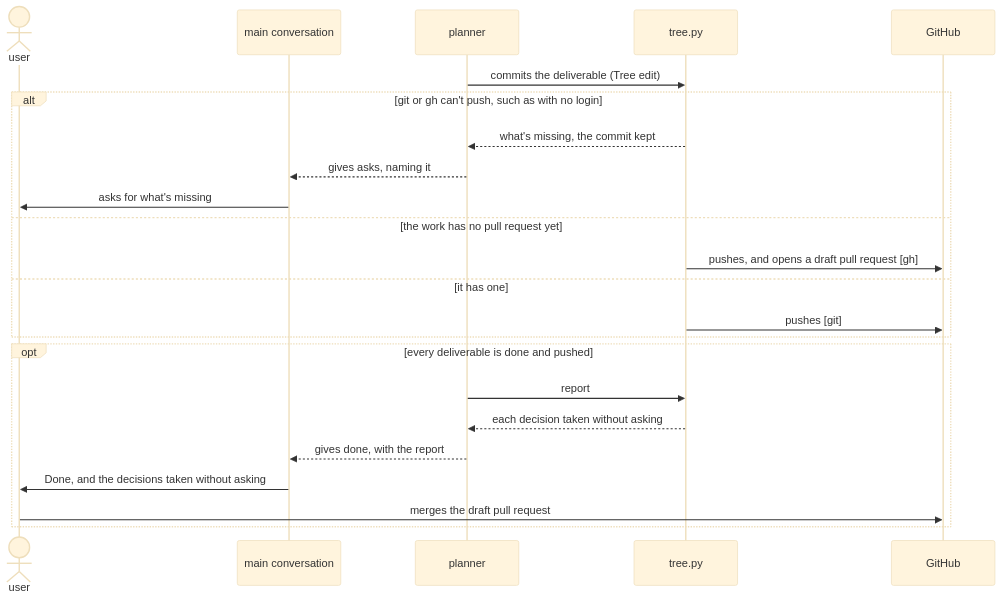
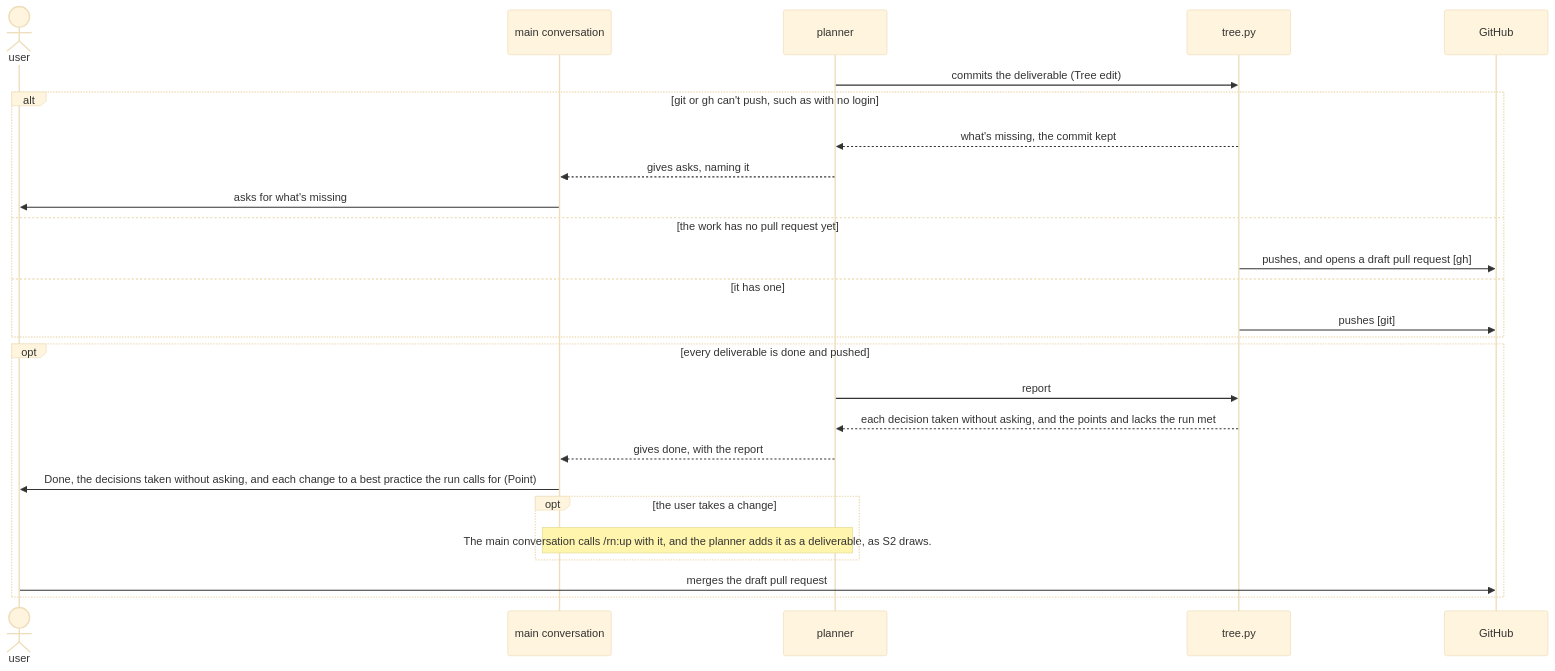
Before and after one commit to lovaizu/ccpm: the sixth of 6 diagrams in dev/rn/architecture.md, drawn with Mermaid (base theme). The commit also changed other lines of this file and 3 other files, not shown here.

First line of the commit message:
rn: before the user merges, rn proposes each change to a best practice that the run's points and lacks call for, and a change the user takes becomes a deliverable of the run, so later runs work by it. The design tree holds it as the user's decision, and rn's architecture draws it in S4.

````diff
--- a/dev/rn/architecture.md
+++ b/dev/rn/architecture.md
@@ -402,25 +405,28 @@
 ```mermaid
 sequenceDiagram
   actor U as user
   participant M as main conversation
   participant P as planner
   participant T as tree.py
   participant GH as GitHub
   P->>T: commits the deliverable (Tree edit)
   alt git or gh can't push, such as with no login
     T-->>P: what's missing, the commit kept
     P-->>M: gives asks, naming it
     M->>U: asks for what's missing
   else the work has no pull request yet
     T->>GH: pushes, and opens a draft pull request [gh]
   else it has one
     T->>GH: pushes [git]
   end
   opt every deliverable is done and pushed
     P->>T: report
-    T-->>P: each decision taken without asking
+    T-->>P: each decision taken without asking, and the points and lacks the run met
     P-->>M: gives done, with the report
-    M->>U: Done, and the decisions taken without asking
+    M->>U: Done, the decisions taken without asking, and each change to a best practice the run calls for (Point)
+    opt the user takes a change
+      Note over M,P: The main conversation calls /rn:up with it, and the planner adds it as a deliverable, as S2 draws.
+    end
     U->>GH: merges the draft pull request
   end
 ```
````
